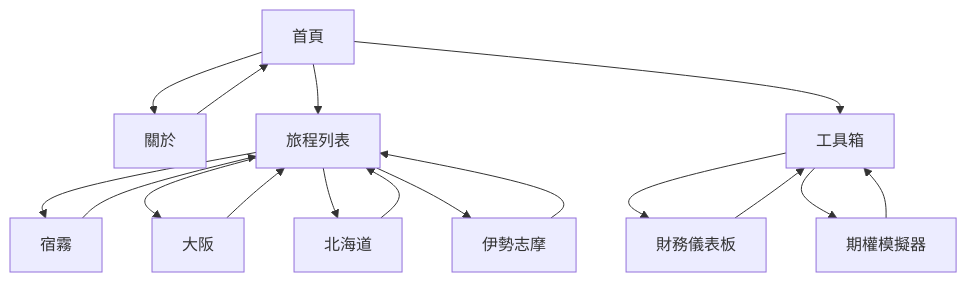
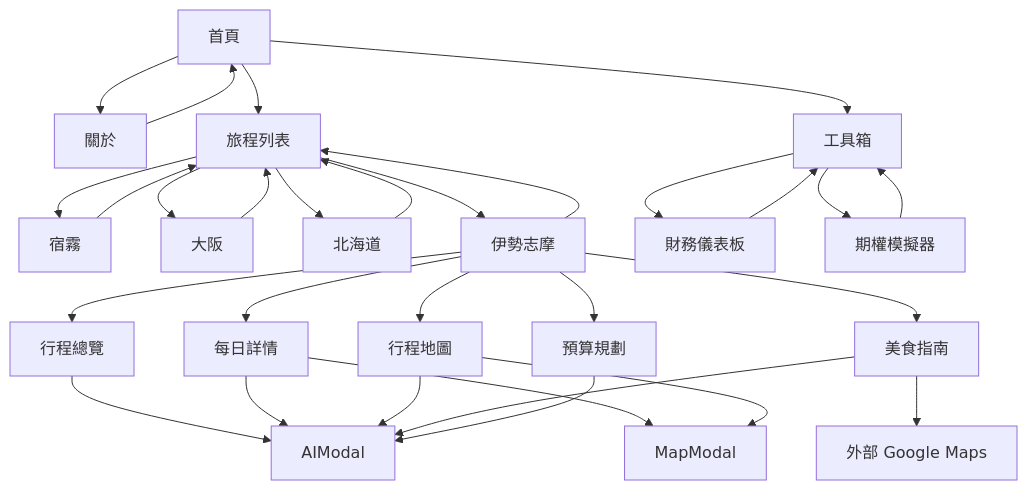
Before and after one commit to foreverbule2003/me: the diagram in SITEMAP.md, drawn with Mermaid. The commit also changed other lines of this file and 3 other files, not shown here.

````diff
--- a/SITEMAP.md
+++ b/SITEMAP.md
@@ -47,22 +80,38 @@
 ```mermaid
 graph TD
     A[首頁] --> B[關於]
     A --> C[旅程列表]
     A --> D[工具箱]
     
     C --> E[宿霧]
     C --> F[大阪]
     C --> G[北海道]
     C --> H[伊勢志摩]
+    
+    H --> H1[行程總覽]
+    H --> H2[每日詳情]
+    H --> H3[行程地圖]
+    H --> H4[美食指南]
+    H --> H5[預算規劃]
+    
+    H2 --> M1[MapModal]
+    H3 --> M1
+    H4 --> M2[外部 Google Maps]
+    
+    H1 --> AI[AIModal]
+    H2 --> AI
+    H3 --> AI
+    H4 --> AI
+    H5 --> AI
     
     D --> I[財務儀表板]
     D --> J[期權模擬器]
     
     B --> A
     E --> C
     F --> C
     G --> C
     H --> C
     I --> D
     J --> D
 ```
````
